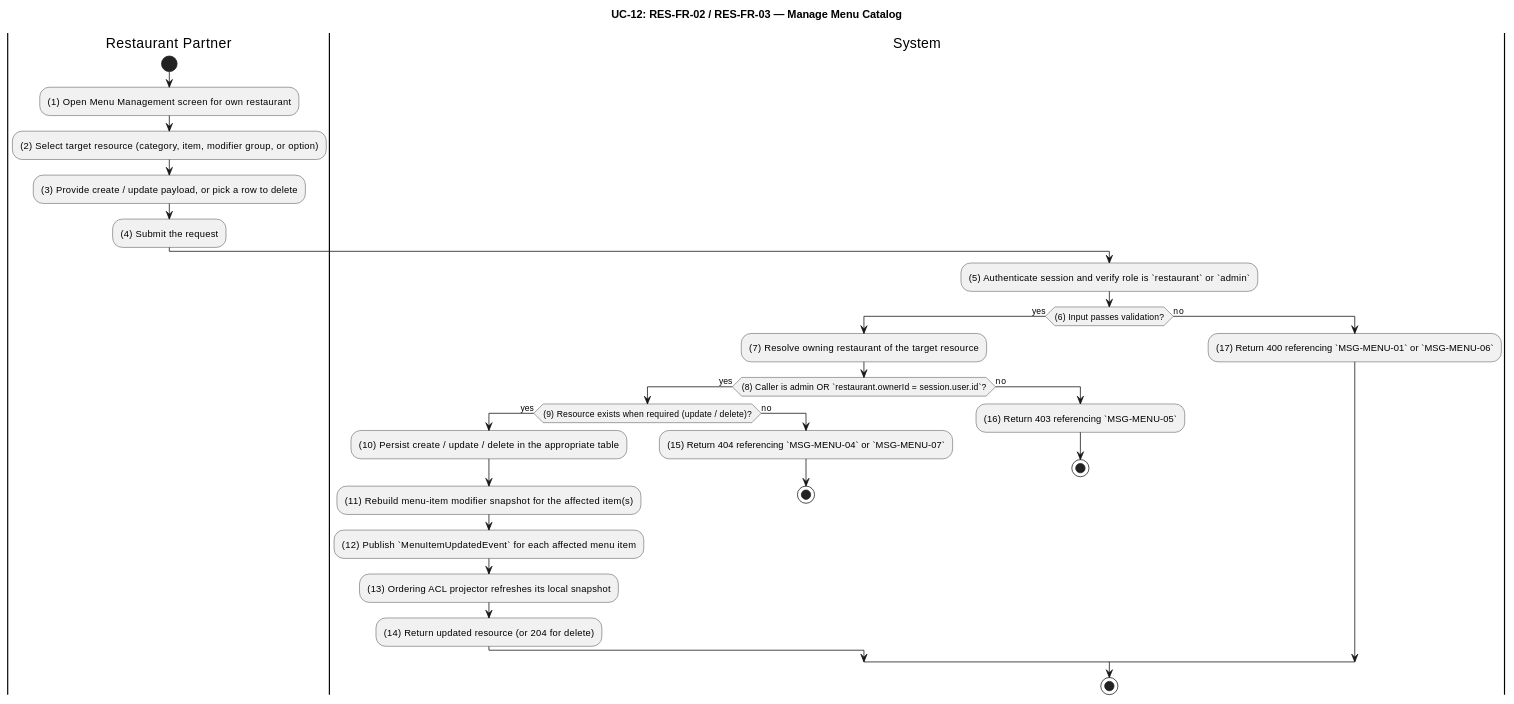
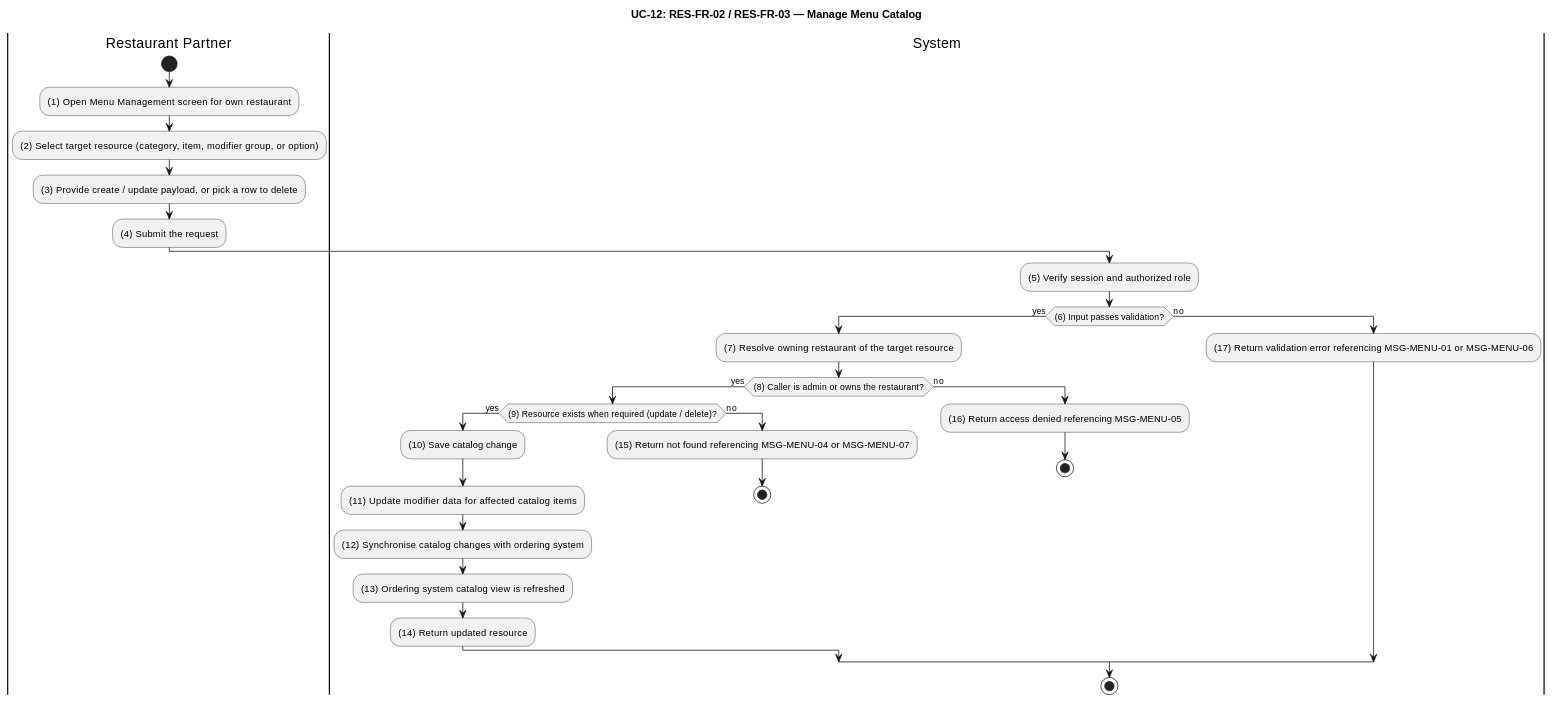
Before and after one commit to luubinhdeptrai/Food_Delivery: diagram 12 of 26 in apps/api/docs/Final_Documents/SRS_FoodDelivery.md, drawn with PlantUML. The commit also changed other lines of this file, not shown here.

````diff
--- a/apps/api/docs/Final_Documents/SRS_FoodDelivery.md
+++ b/apps/api/docs/Final_Documents/SRS_FoodDelivery.md
@@ -875,37 +895,37 @@
 ```plantuml
 @startuml UC12-ManageMenuCatalog
 title UC-12: RES-FR-02 / RES-FR-03 — Manage Menu Catalog
 skinparam ConditionEndStyle hline
 
 |Restaurant Partner|
 start
 :(1) Open Menu Management screen for own restaurant;
 :(2) Select target resource (category, item, modifier group, or option);
 :(3) Provide create / update payload, or pick a row to delete;
 :(4) Submit the request;
 
 |System|
-:(5) Authenticate session and verify role is `restaurant` or `admin`;
+:(5) Verify session and authorized role;
 if ((6) Input passes validation?) then (yes)
   :(7) Resolve owning restaurant of the target resource;
-  if ((8) Caller is admin OR `restaurant.ownerId = session.user.id`?) then (yes)
+  if ((8) Caller is admin or owns the restaurant?) then (yes)
     if ((9) Resource exists when required (update / delete)?) then (yes)
-      :(10) Persist create / update / delete in the appropriate table;
-      :(11) Rebuild menu-item modifier snapshot for the affected item(s);
-      :(12) Publish `MenuItemUpdatedEvent` for each affected menu item;
-      :(13) Ordering ACL projector refreshes its local snapshot;
-      :(14) Return updated resource (or 204 for delete);
+      :(10) Save catalog change;
+      :(11) Update modifier data for affected catalog items;
+      :(12) Synchronise catalog changes with ordering system;
+      :(13) Ordering system catalog view is refreshed;
+      :(14) Return updated resource;
     else (no)
-      :(15) Return 404 referencing `MSG-MENU-04` or `MSG-MENU-07`;
+      :(15) Return not found referencing MSG-MENU-04 or MSG-MENU-07;
       stop
     endif
   else (no)
-    :(16) Return 403 referencing `MSG-MENU-05`;
+    :(16) Return access denied referencing MSG-MENU-05;
     stop
   endif
 else (no)
-  :(17) Return 400 referencing `MSG-MENU-01` or `MSG-MENU-06`;
+  :(17) Return validation error referencing MSG-MENU-01 or MSG-MENU-06;
 endif
 stop
 @enduml
 ```
````
